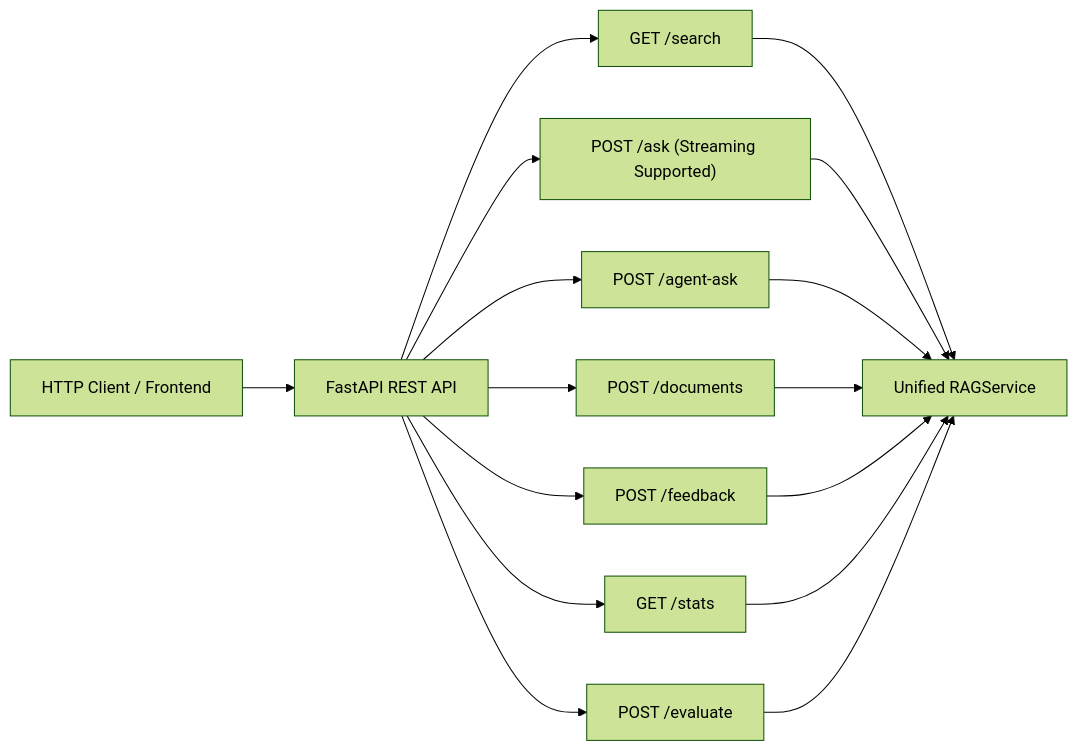
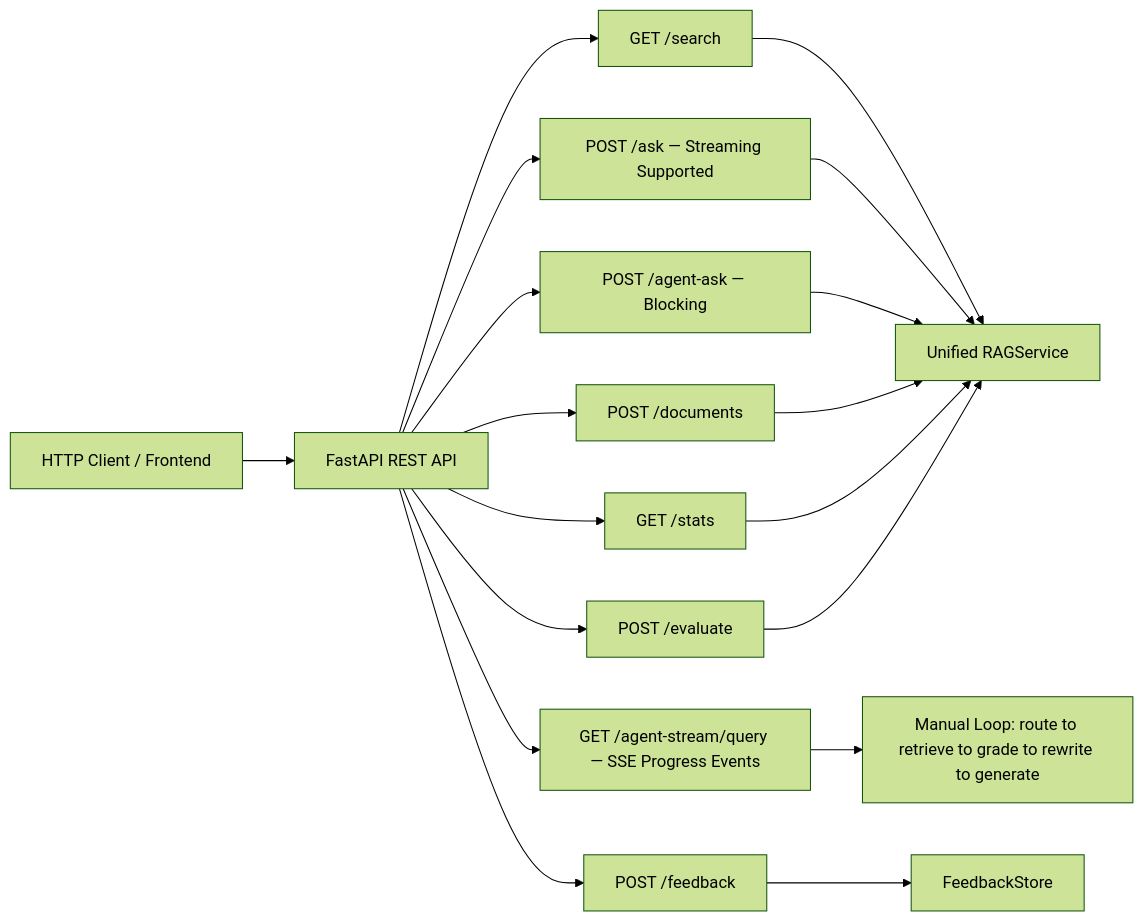
One commit to PALAK7890/RAGForge changed the third of 6 diagrams in docs/architecture.md. Above: the diagram before and after it, drawn with Mermaid (forest theme). The commit also changed other lines of this file and 2 other files, not shown here.

Commit message:
Sync architecture.md and README with all 7 extensions, SSE endpoint, and retry cap docs

````diff
--- a/docs/architecture.md
+++ b/docs/architecture.md
@@ -66,14 +68,17 @@
 ```mermaid
 flowchart LR
     CLIENT[HTTP Client / Frontend] --> APP[FastAPI REST API]
-    
+
     APP --> ENDP1["GET /search"]
-    APP --> ENDP2["POST /ask (Streaming Supported)"]
-    APP --> ENDP3["POST /agent-ask"]
-    APP --> ENDP4["POST /documents"]
-    APP --> ENDP5["POST /feedback"]
-    APP --> ENDP6["GET /stats"]
-    APP --> ENDP7["POST /evaluate"]
-    
-    ENDP1 & ENDP2 & ENDP3 & ENDP4 & ENDP5 & ENDP6 & ENDP7 --> SVC[Unified RAGService]
+    APP --> ENDP2["POST /ask — Streaming Supported"]
+    APP --> ENDP3["POST /agent-ask — Blocking"]
+    APP --> ENDP4["GET /agent-stream/query — SSE Progress Events"]
+    APP --> ENDP5["POST /documents"]
+    APP --> ENDP6["POST /feedback"]
+    APP --> ENDP7["GET /stats"]
+    APP --> ENDP8["POST /evaluate"]
+
+    ENDP1 & ENDP2 & ENDP3 & ENDP5 & ENDP7 & ENDP8 --> SVC[Unified RAGService]
+    ENDP4 --> AGENT[Manual Loop: route to retrieve to grade to rewrite to generate]
+    ENDP6 --> FSTORE[FeedbackStore]
 ```
````
